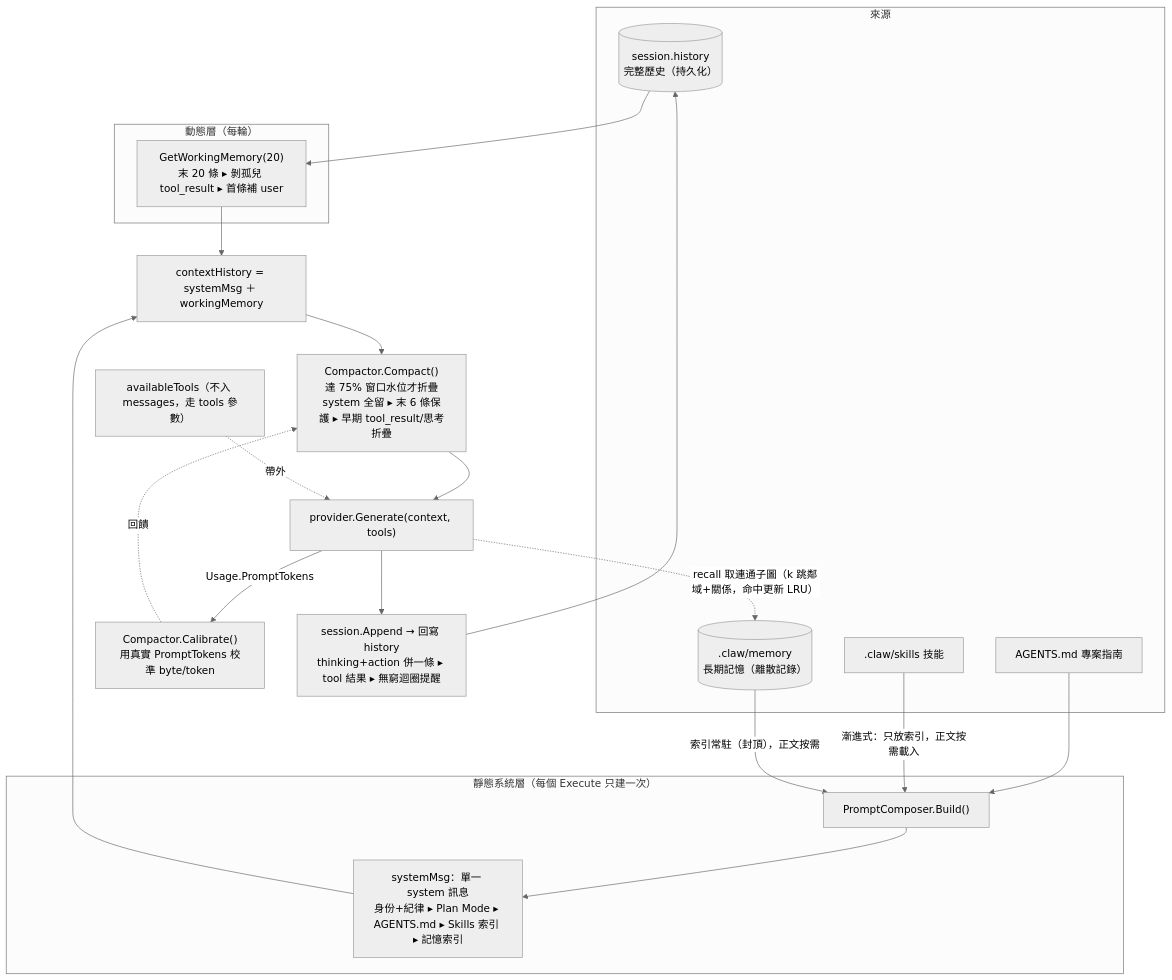
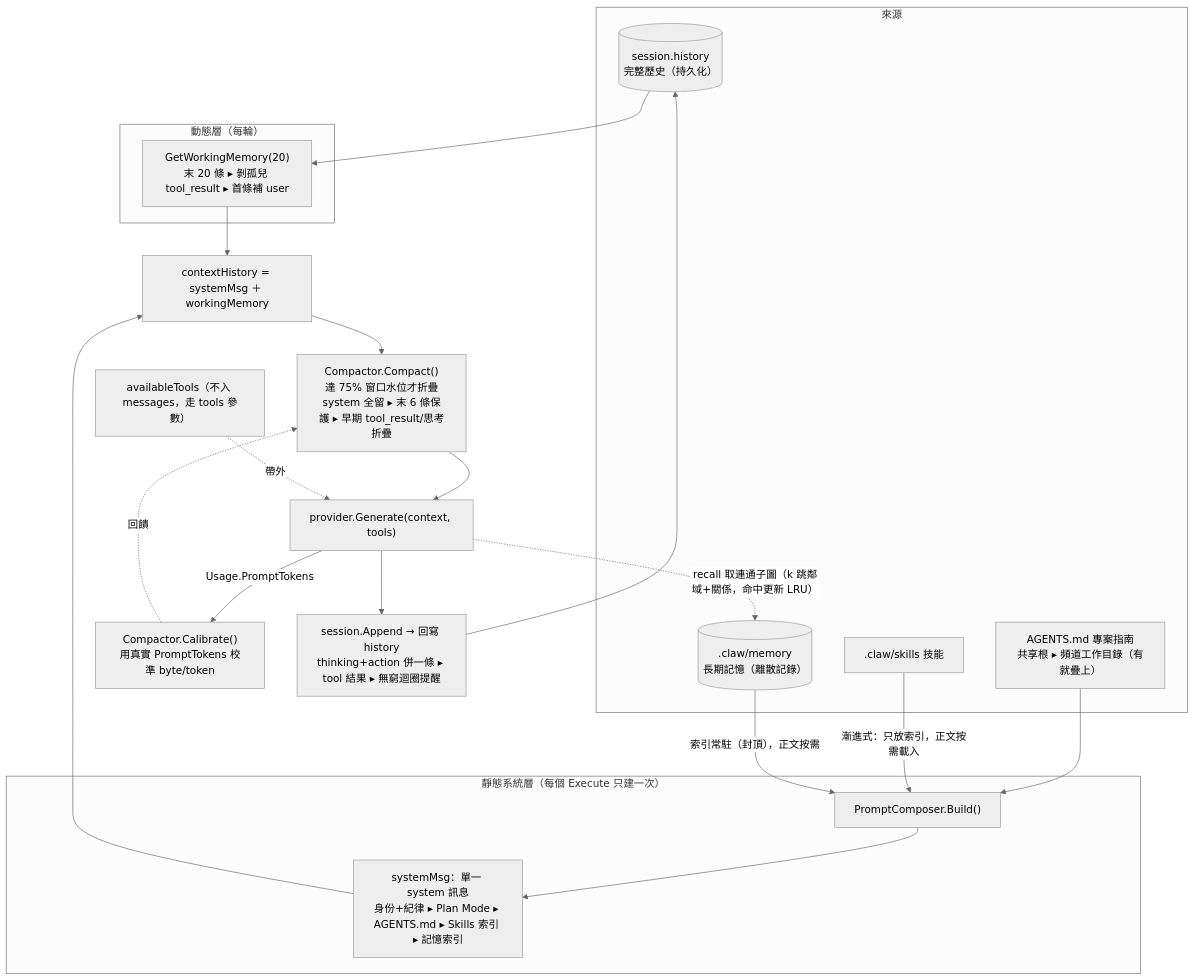
One commit to SIMPLYBOYS/cogito-agent changed the second of 2 diagrams in README.md. Above: the diagram before and after it, drawn with Mermaid (neutral theme). The commit also changed other lines of this file and 3 other files, not shown here.

````diff
--- a/README.md
+++ b/README.md
@@ -139,41 +139,41 @@
 ```mermaid
 flowchart TB
   subgraph SRC["來源"]
     HIST[("session.history<br/>完整歷史（持久化）")]
-    AGENTS["AGENTS.md 專案指南"]
+    AGENTS["AGENTS.md 專案指南<br/>共享根 ▸ 頻道工作目錄（有就疊上）"]
     SKILLS[".claw/skills 技能"]
     MEM[(".claw/memory<br/>長期記憶（離散記錄）")]
   end
 
   subgraph STATIC["靜態系統層（每個 Execute 只建一次）"]
     COMPOSER["PromptComposer.Build()"]
     SYS["systemMsg：單一 system 訊息<br/>身份+紀律 ▸ Plan Mode ▸ AGENTS.md ▸ Skills 索引 ▸ 記憶索引"]
   end
 
   subgraph DYN["動態層（每輪）"]
     WIN["GetWorkingMemory(20)<br/>末 20 條 ▸ 剝孤兒 tool_result ▸ 首條補 user"]
   end
 
   ASSEMBLE["contextHistory = systemMsg ＋ workingMemory"]
   COMPACT["Compactor.Compact()<br/>達 75% 窗口水位才折疊<br/>system 全留 ▸ 末 6 條保護 ▸ 早期 tool_result/思考折疊"]
   TOOLS["availableTools（不入 messages，走 tools 參數）"]
   LLM["provider.Generate(context, tools)"]
   CAL["Compactor.Calibrate()<br/>用真實 PromptTokens 校準 byte/token"]
   WB["session.Append → 回寫 history<br/>thinking+action 併一條 ▸ tool 結果 ▸ 無窮迴圈提醒"]
 
   AGENTS --> COMPOSER
   SKILLS -->|漸進式：只放索引，正文按需載入| COMPOSER
   MEM -->|索引常駐（封頂），正文按需| COMPOSER
   COMPOSER --> SYS
   HIST --> WIN
   SYS --> ASSEMBLE
   WIN --> ASSEMBLE
   ASSEMBLE --> COMPACT
   COMPACT --> LLM
   TOOLS -.帶外.-> LLM
   LLM -->|Usage.PromptTokens| CAL
   CAL -.回饋.-> COMPACT
   LLM --> WB
   WB --> HIST
   LLM -.recall 取連通子圖（k 跳鄰域+關係，命中更新 LRU）.-> MEM
 ```
````
